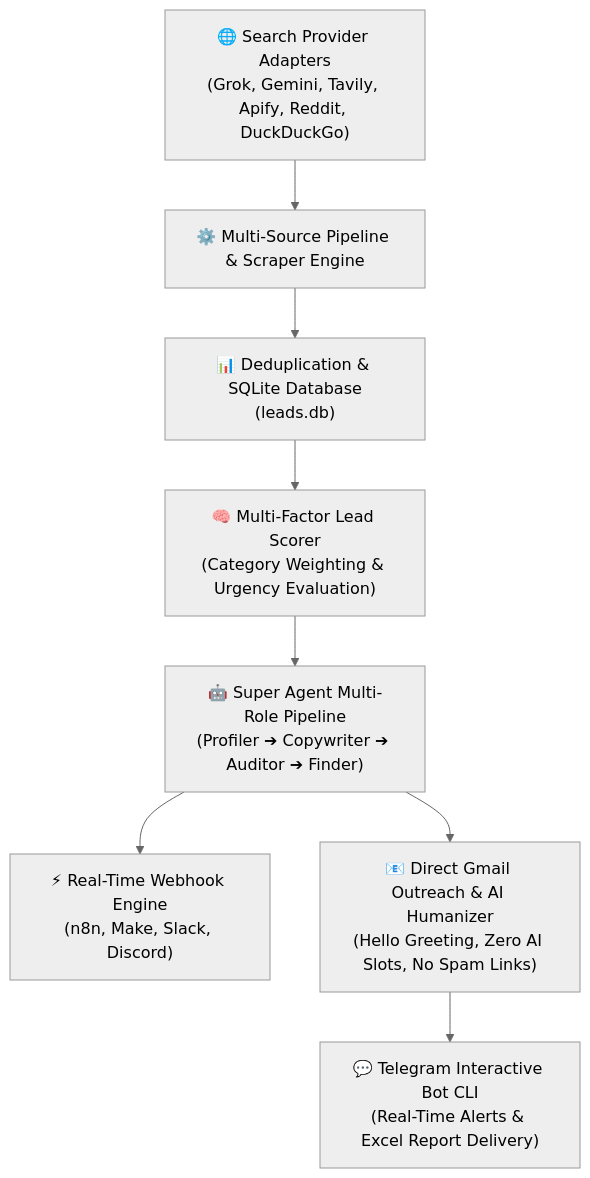
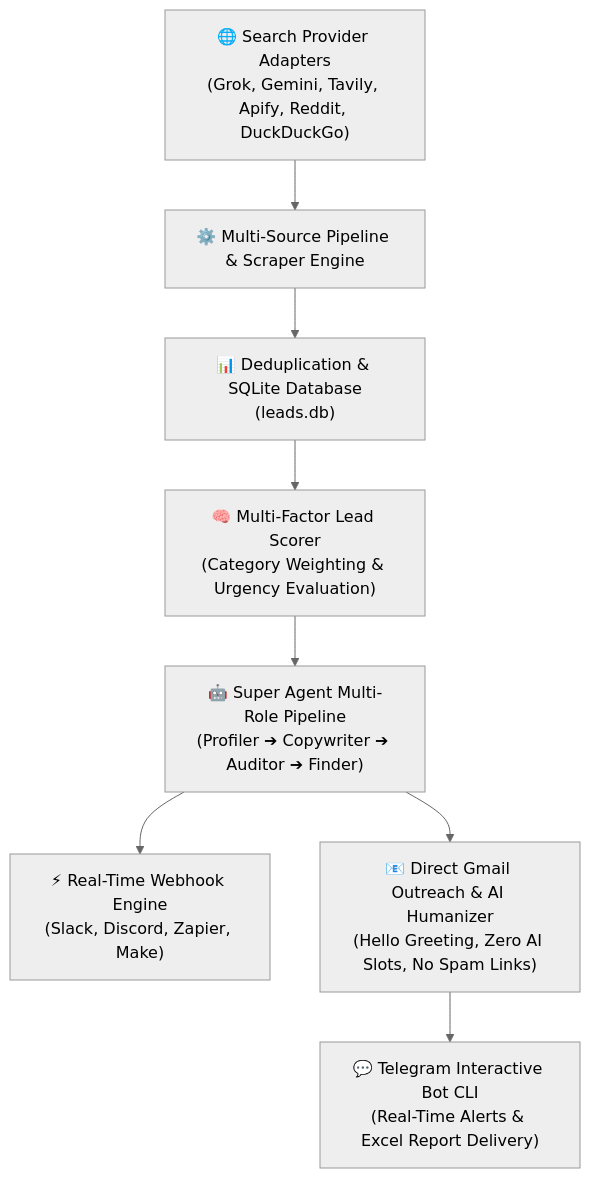
One commit to Shweta-Mishra-ai/leadgen changed the first of 2 diagrams in README.md. Above: the diagram before and after it, drawn with Mermaid (neutral theme). The commit also changed other lines of this file and 15 other files, not shown here.

````diff
--- a/README.md
+++ b/README.md
@@ -19,10 +19,10 @@
 ```mermaid
 graph TD
     A["🌐 Search Provider Adapters<br/>(Grok, Gemini, Tavily, Apify, Reddit, DuckDuckGo)"] --> B["⚙️ Multi-Source Pipeline & Scraper Engine"]
     B --> C["📊 Deduplication & SQLite Database<br/>(leads.db)"]
     C --> D["🧠 Multi-Factor Lead Scorer<br/>(Category Weighting & Urgency Evaluation)"]
     D --> E["🤖 Super Agent Multi-Role Pipeline<br/>(Profiler ➔ Copywriter ➔ Auditor ➔ Finder)"]
-    E --> F["⚡ Real-Time Webhook Engine<br/>(n8n, Make, Slack, Discord)"]
+    E --> F["⚡ Real-Time Webhook Engine<br/>(Slack, Discord, Zapier, Make)"]
     E --> G["📧 Direct Gmail Outreach & AI Humanizer<br/>(Hello Greeting, Zero AI Slots, No Spam Links)"]
     G --> H["💬 Telegram Interactive Bot CLI<br/>(Real-Time Alerts & Excel Report Delivery)"]
 ```
````
